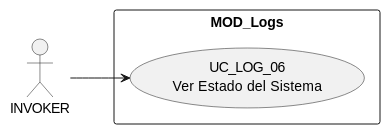
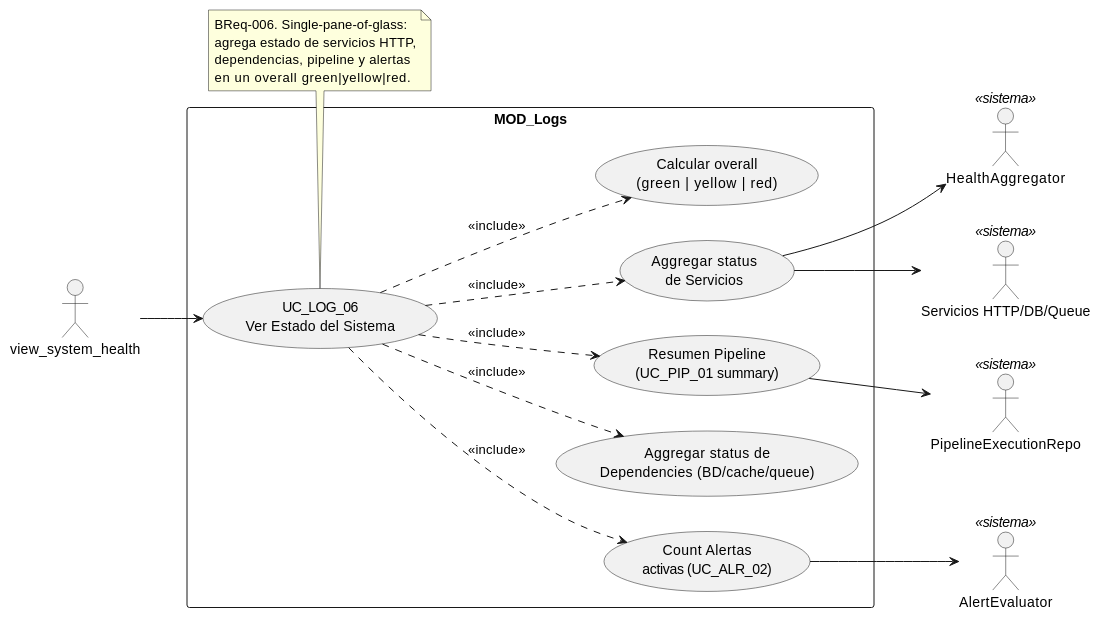
Before and after one commit to jcg-admin/IACT-docs: the diagram in source/requisitos/casos-uso/logs/uc-log-06/diagramas-uml/diagrama-de-caso-de-uso.rst, drawn with PlantUML. The commit also changed 6 other files, not shown here.

```diff
--- a/source/requisitos/casos-uso/logs/uc-log-06/diagramas-uml/diagrama-de-caso-de-uso.rst
+++ b/source/requisitos/casos-uso/logs/uc-log-06/diagramas-uml/diagrama-de-caso-de-uso.rst
@@ -4,22 +4,42 @@
 .. uml::
  :caption: UC_LOG_06 — actores y casos asociados
 
  @startuml
 
  left to right direction
 
- ' TODO (use-case-view-uml07-rebuild Nivel A): completar
- ' actores (INVOKER + beneficiarios + Sistema), sub-usecases
- ' (validaciones, side-effects, audit emit), relaciones
- ' (`<<include>>`, `<<extend>>`) y notas referenciando BRs/CNSTs.
- ' Ver patron canonico en uc-acc-01/diagramas-uml/diagrama-de-caso-de-uso.rst.
-
- actor "INVOKER" as INVOKER
+ actor "view_system_health" as INVOKER
+ actor "HealthAggregator" as AGG <<sistema>>
+ actor "Servicios HTTP/DB/Queue" as SERVICIOS <<sistema>>
+ actor "AlertEvaluator" as ALERTAS <<sistema>>
+ actor "PipelineExecutionRepo" as PIPELINE_REPO <<sistema>>
 
  rectangle "MOD_Logs" {
    usecase "UC_LOG_06\nVer Estado del Sistema" as UC_LOG_06
+   usecase "Aggregar status\nde Servicios" as STATUS_SVC
+   usecase "Aggregar status de\nDependencies (BD/cache/queue)" as STATUS_DEP
+   usecase "Resumen Pipeline\n(UC_PIP_01 summary)" as STATUS_ETL
+   usecase "Count Alertas\nactivas (UC_ALR_02)" as STATUS_ALR
+   usecase "Calcular overall\n(green | yellow | red)" as OVERALL
  }
 
  INVOKER --> UC_LOG_06
+ UC_LOG_06 ..> STATUS_SVC : <<include>>
+ UC_LOG_06 ..> STATUS_DEP : <<include>>
+ UC_LOG_06 ..> STATUS_ETL : <<include>>
+ UC_LOG_06 ..> STATUS_ALR : <<include>>
+ UC_LOG_06 ..> OVERALL : <<include>>
+
+ STATUS_SVC --> SERVICIOS
+ STATUS_SVC --> AGG
+ STATUS_ETL --> PIPELINE_REPO
+ STATUS_ALR --> ALERTAS
+
+ note bottom of UC_LOG_06
+   BReq-006. Single-pane-of-glass:
+   agrega estado de servicios HTTP,
+   dependencias, pipeline y alertas
+   en un overall green|yellow|red.
+ end note
 
  @enduml
```
